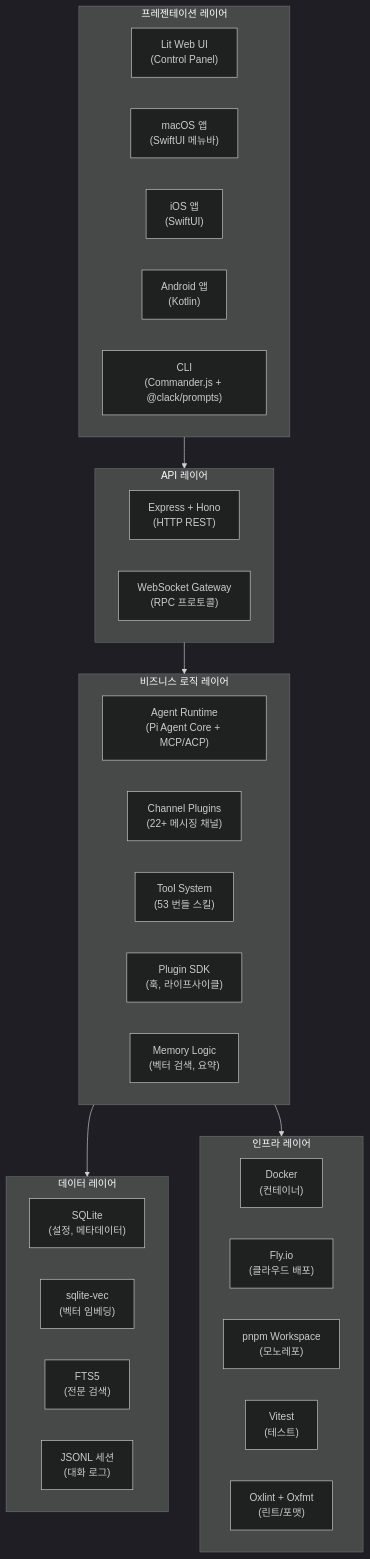
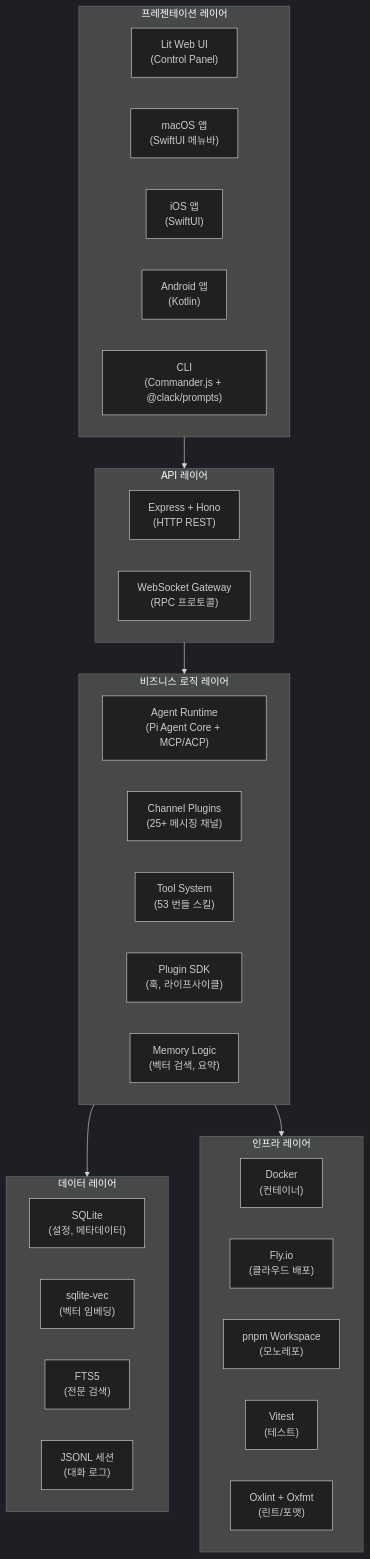
One commit to kgpark88/aiagent2026 changed the fifth of 9 diagrams in openclaw분석/ARCHITECTURE.md. Above: the diagram before and after it, drawn with Mermaid (dark theme). The commit also changed other lines of this file and 11 other files, not shown here.

````diff
--- a/openclaw분석/ARCHITECTURE.md
+++ b/openclaw분석/ARCHITECTURE.md
@@ -246,43 +248,43 @@
 ```mermaid
 flowchart TB
     subgraph Presentation["프레젠테이션 레이어"]
         LitUI["Lit Web UI\n(Control Panel)"]
         MacApp["macOS 앱\n(SwiftUI 메뉴바)"]
         IOSApp["iOS 앱\n(SwiftUI)"]
         AndroidApp["Android 앱\n(Kotlin)"]
         CLILayer["CLI\n(Commander.js + @clack/prompts)"]
     end
 
     subgraph API["API 레이어"]
         Express["Express + Hono\n(HTTP REST)"]
         WSGateway["WebSocket Gateway\n(RPC 프로토콜)"]
     end
 
     subgraph Business["비즈니스 로직 레이어"]
         AgentRuntime["Agent Runtime\n(Pi Agent Core + MCP/ACP)"]
-        ChannelPlugins["Channel Plugins\n(22+ 메시징 채널)"]
+        ChannelPlugins["Channel Plugins\n(25+ 메시징 채널)"]
         ToolSystem["Tool System\n(53 번들 스킬)"]
         PluginSDK["Plugin SDK\n(훅, 라이프사이클)"]
         MemoryLogic["Memory Logic\n(벡터 검색, 요약)"]
     end
 
     subgraph Data["데이터 레이어"]
         SQLite["SQLite\n(설정, 메타데이터)"]
         SQLiteVec["sqlite-vec\n(벡터 임베딩)"]
         FTS5["FTS5\n(전문 검색)"]
         JSONL["JSONL 세션\n(대화 로그)"]
     end
 
     subgraph Infra["인프라 레이어"]
         Docker["Docker\n(컨테이너)"]
         FlyIO["Fly.io\n(클라우드 배포)"]
         PnpmWS["pnpm Workspace\n(모노레포)"]
         VitestInfra["Vitest\n(테스트)"]
         OxTools["Oxlint + Oxfmt\n(린트/포맷)"]
     end
 
     Presentation --> API
     API --> Business
     Business --> Data
     Business --> Infra
 ```
````
